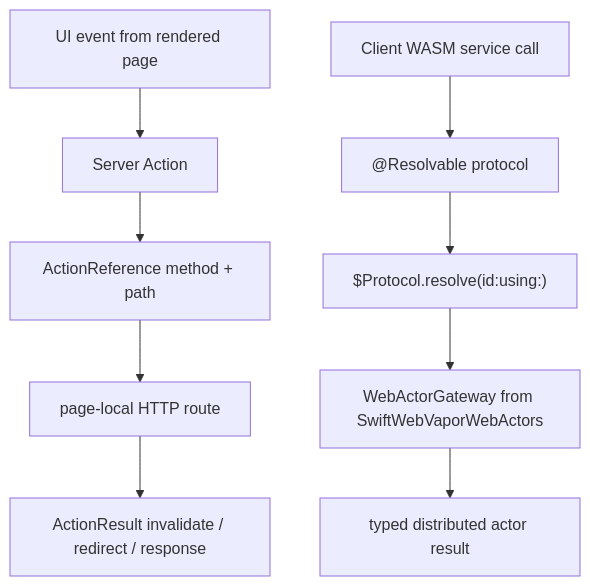
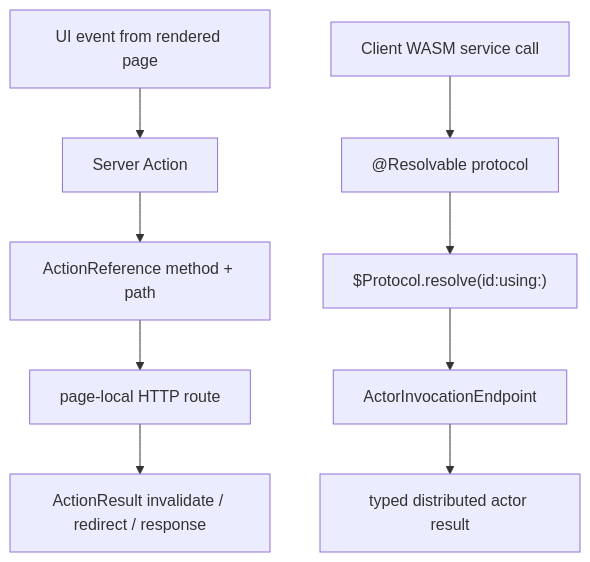
The sixth of 11 diagrams in Sources/SwiftWebRuntime/Core/README.md (1amageek/swift-web), drawn with Mermaid before and after one commit. The commit also changed other lines of this file and 17 other files, not shown here.

````diff
--- a/Sources/SwiftWebRuntime/Core/README.md
+++ b/Sources/SwiftWebRuntime/Core/README.md
@@ -283,12 +283,12 @@
 ```mermaid
 flowchart TD
   A["UI event from rendered page"] --> B["Server Action"]
   B --> C["ActionReference method + path"]
   C --> D["page-local HTTP route"]
   D --> E["ActionResult invalidate / redirect / response"]
 
   F["Client WASM service call"] --> G["@Resolvable protocol"]
   G --> H["$Protocol.resolve(id:using:)"]
-  H --> I["WebActorGateway from SwiftWebVaporWebActors"]
+  H --> I["ActorInvocationEndpoint"]
   I --> J["typed distributed actor result"]
 ```
````
